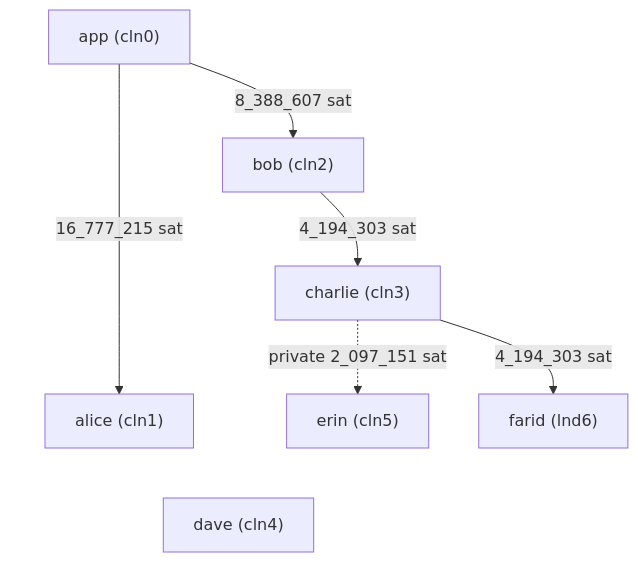
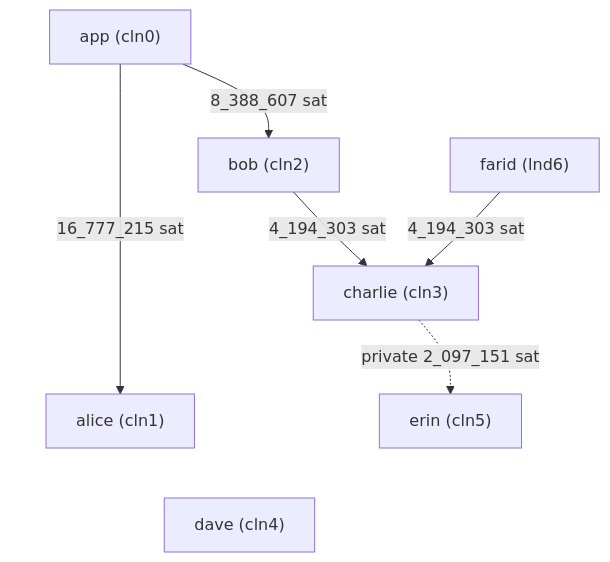
The diagram in readme.md (theborakompanioni/lightning-regtest-setup-devel), drawn with Mermaid before and after one commit. The commit also changed 2 other files, not shown here.

Commit message:
chore: create channel farid->charlie

````diff
--- a/readme.md
+++ b/readme.md
@@ -69,21 +69,21 @@
 ```mermaid
 flowchart TB
    app["app (cln0)"]
    alice["alice (cln1)"]
    bob["bob (cln2)"]
    charlie["charlie (cln3)"]
    dave["dave (cln4)"]
    erin["erin (cln5)"]
    farid["farid (lnd6)"]
    app -->|16_777_215 sat| alice
    app -->|8_388_607 sat| bob
    bob -->|4_194_303 sat| charlie
-   charlie -->|4_194_303 sat| farid
+   farid -->|4_194_303 sat| charlie
    charlie -. private 2_097_151 sat .-> erin
    app ~~~ dave
    alice ~~~ dave
    bob ~~~ dave
    charlie ~~~ dave
    erin ~~~ dave
    farid ~~~ dave
 ```
````
